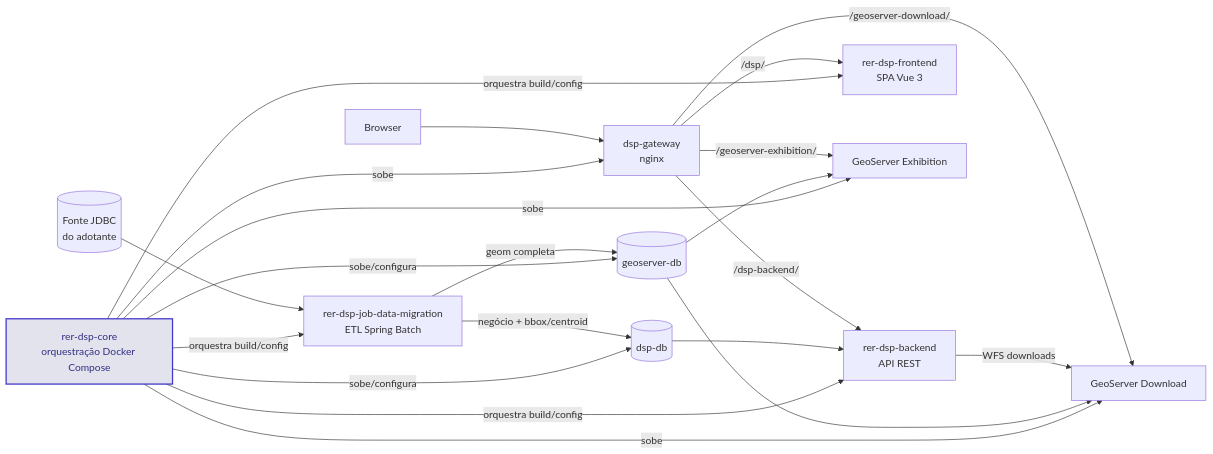
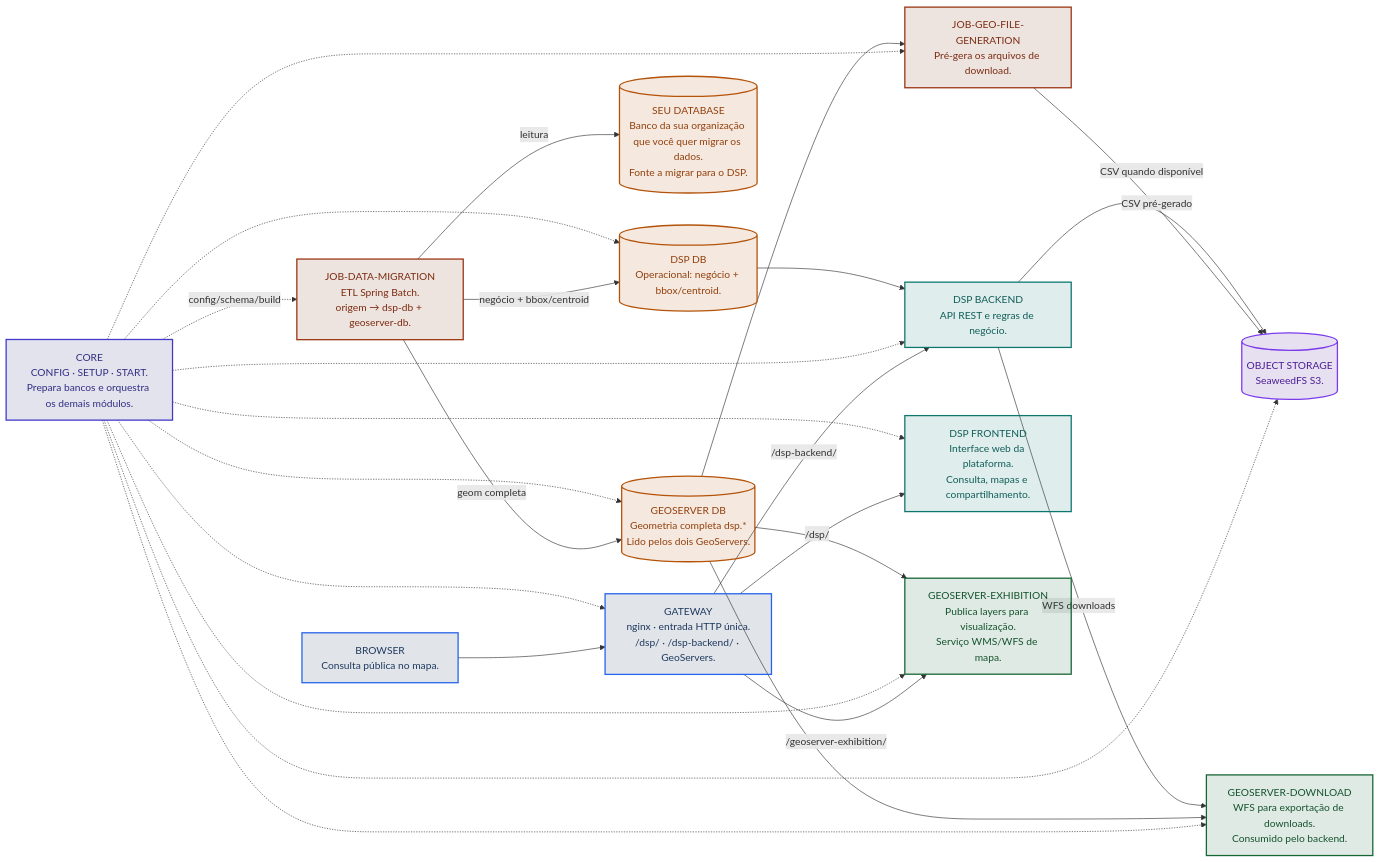
Before and after one commit to kleber-albino/rer-dsp-docs: the first of 4 diagrams in docs/architecture/overview.md, drawn with Mermaid. The commit also changed other lines of this file and 22 other files, not shown here.

````diff
--- a/docs/architecture/overview.md
+++ b/docs/architecture/overview.md
@@ -33,40 +33,63 @@
 ```mermaid
 flowchart LR
-  core["rer-dsp-core<br/>orquestração Docker Compose"]
-  job["rer-dsp-job-data-migration<br/>ETL Spring Batch"]
-  be["rer-dsp-backend<br/>API REST"]
-  fe["rer-dsp-frontend<br/>SPA Vue 3"]
-  src[(Fonte JDBC<br/>do adotante)]
-  dspdb[(dsp-db)]
-  exdb[(geoserver-db)]
-  gsEx[GeoServer Exhibition]
-  gsDl[GeoServer Download]
-  gw["dsp-gateway<br/>nginx"]
-  browser[Browser]
+  browser["BROWSER<br/>Consulta pública no mapa."]
+  gw["GATEWAY<br/>nginx · entrada HTTP única.<br/>/dsp/ · /dsp-backend/ · GeoServers."]
 
-  core -->|"sobe/configura"| dspdb
-  core -->|"sobe/configura"| exdb
-  core -->|"sobe"| gsEx
-  core -->|"sobe"| gsDl
-  core -->|"sobe"| gw
-  core -->|"orquestra build/config"| job
-  core -->|"orquestra build/config"| be
-  core -->|"orquestra build/config"| fe
+  srcDb[("SEU DATABASE<br/>Banco da sua organização que você quer migrar os dados.<br/>Fonte a migrar para o DSP.")]
+  jobMig["JOB-DATA-MIGRATION<br/>ETL Spring Batch.<br/>origem → dsp-db + geoserver-db."]
+  jobGeo["JOB-GEO-FILE-GENERATION<br/>Pré-gera os arquivos de download.<br/>"]
+  core["CORE<br/>CONFIG · SETUP · START.<br/>Prepara bancos e orquestra os demais módulos."]
 
-  src --> job
-  job -->|"negócio + bbox/centroid"| dspdb
-  job -->|"geom completa"| exdb
-  exdb --> gsEx
-  exdb --> gsDl
-  dspdb --> be
-  be -->|WFS downloads| gsDl
+  dspDb[("DSP DB<br/>Operacional: negócio + bbox/centroid.")]
+  gsDb[("GEOSERVER DB<br/>Geometria completa dsp.*<br/>Lido pelos dois GeoServers.")]
+  objStor[("OBJECT STORAGE<br/>SeaweedFS S3.<br/>")]
+
+  be["DSP BACKEND<br/>API REST e regras de negócio."]
+  fe["DSP FRONTEND<br/>Interface web da plataforma.<br/>Consulta, mapas e compartilhamento."]
+
+  gsEx["GEOSERVER-EXHIBITION<br/>Publica layers para visualização.<br/>Serviço WMS/WFS de mapa."]
+  gsDl["GEOSERVER-DOWNLOAD<br/>WFS para exportação de downloads.<br/>Consumido pelo backend."]
 
   browser --> gw
   gw -->|/dsp/| fe
   gw -->|/dsp-backend/| be
   gw -->|/geoserver-exhibition/| gsEx
-  gw -->|/geoserver-download/| gsDl
 
+  jobMig -->|leitura| srcDb
+  jobMig -->|"negócio + bbox/centroid"| dspDb
+  jobMig -->|"geom completa"| gsDb
+  core -.config/schema/build.-> jobMig
+  core -.-> jobGeo
+  core -.-> dspDb
+  core -.-> gsDb
+  core -.-> objStor
+  core -.-> gw
+  core -.-> be
+  core -.-> fe
+  core -.-> gsEx
+  core -.-> gsDl
+
+  dspDb --> be
+  gsDb --> gsEx
+  gsDb --> gsDl
+  gsDb --> jobGeo
+  jobGeo -->|"CSV pré-gerado"| objStor
+  be -->|WFS downloads| gsDl
+  be -->|CSV quando disponível| objStor
+
+  classDef app fill:#0f766e22,color:#115e59,stroke:#0f766e,stroke-width:2px
+  classDef geoCls fill:#16653422,color:#14532d,stroke:#166534,stroke-width:2px
+  classDef db fill:#b4530922,color:#92400e,stroke:#b45309,stroke-width:2px
+  classDef job fill:#7c2d1222,color:#7c2d12,stroke:#9a3412,stroke-width:2px
   classDef coreCls fill:#312e8122,color:#312e81,stroke:#4338ca,stroke-width:2px
+  classDef entryCls fill:#1e3a5f22,color:#1e3a5f,stroke:#2563eb,stroke-width:2px
+  classDef storageCls fill:#4c1d9522,color:#4c1d95,stroke:#7c3aed,stroke-width:2px
+
+  class fe,be app
+  class gsEx,gsDl geoCls
+  class dspDb,gsDb,srcDb db
+  class jobMig,jobGeo job
   class core coreCls
+  class browser,gw entryCls
+  class objStor storageCls
 ```
````
